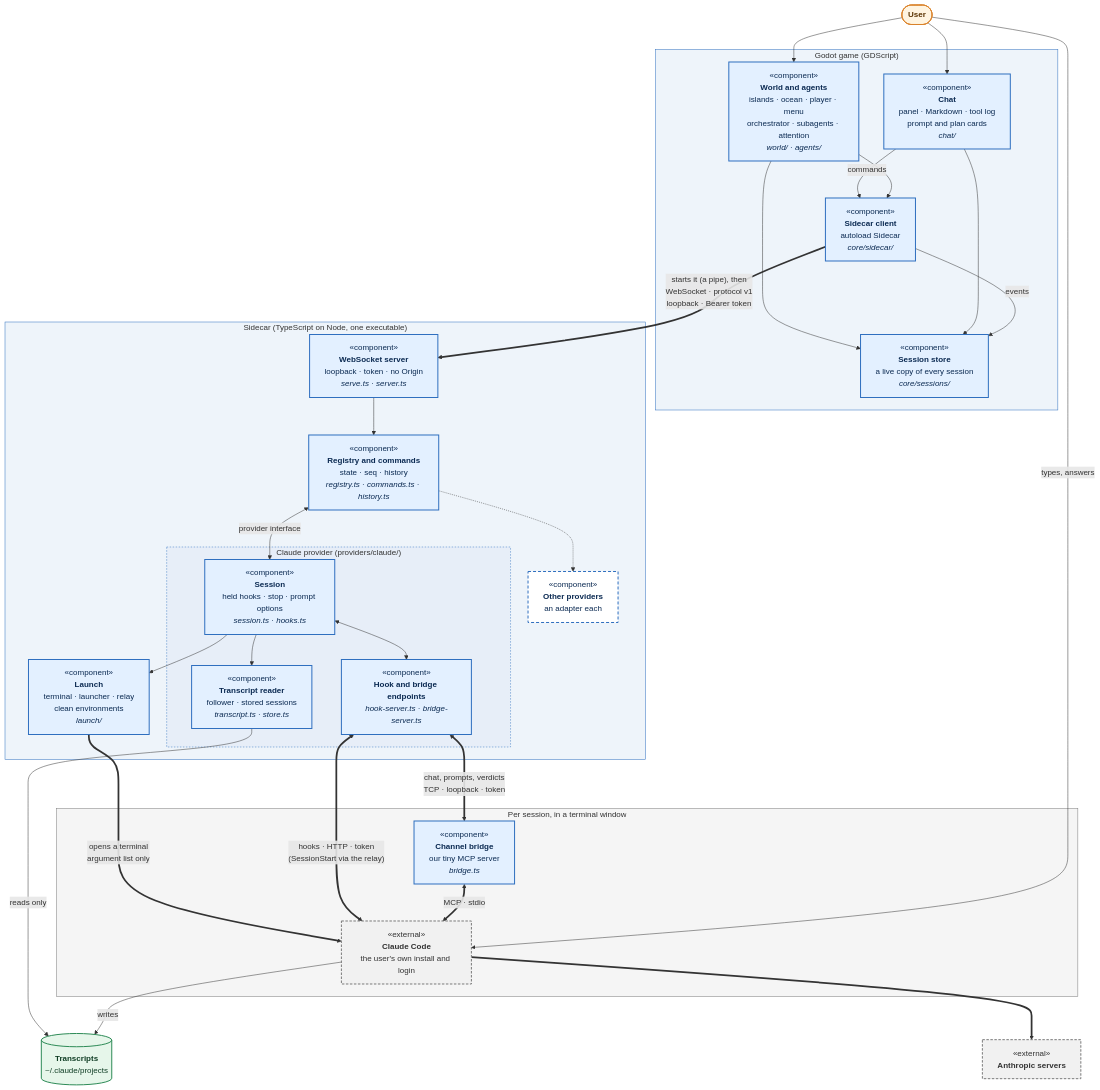
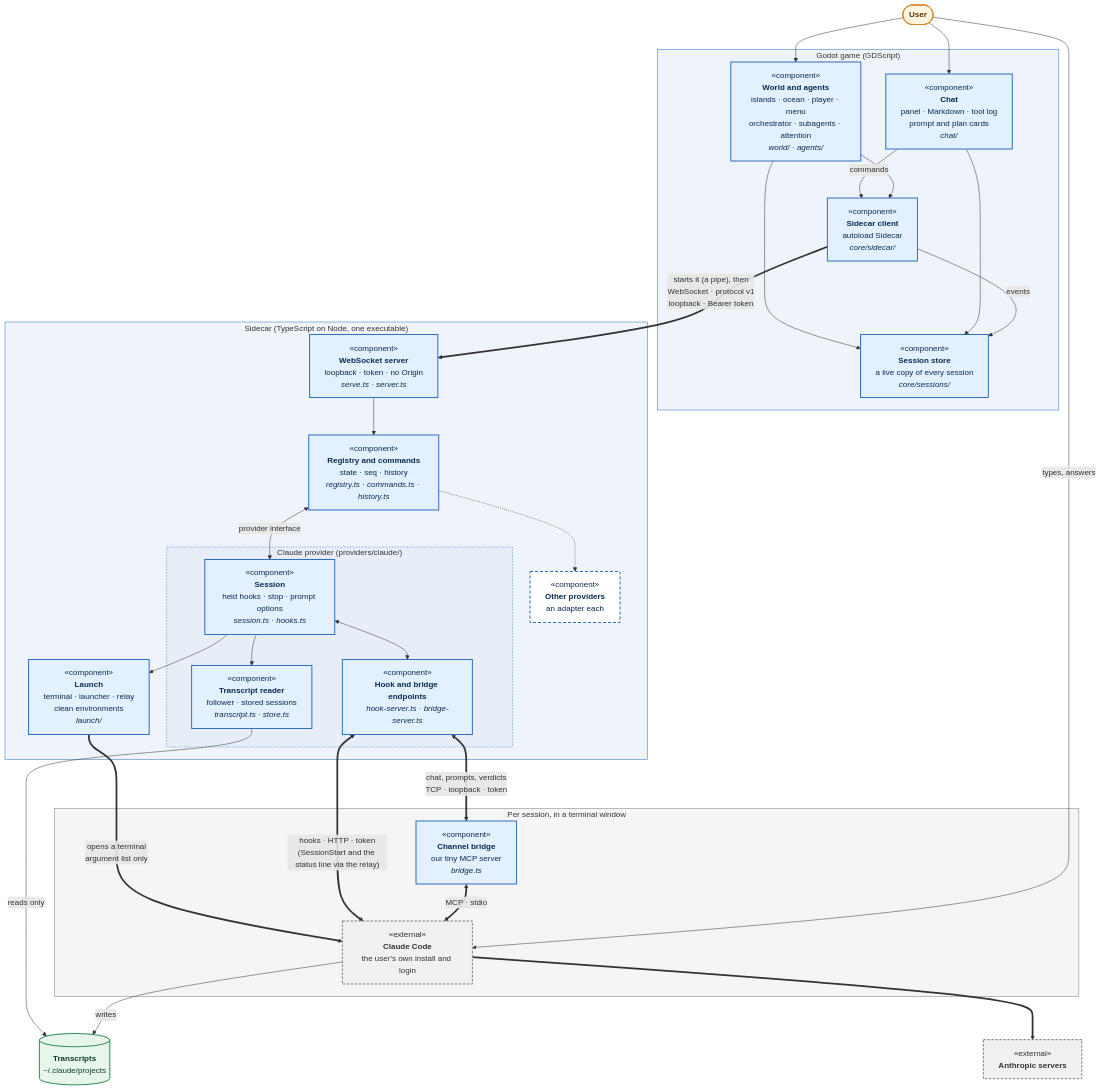
One commit to PaoloPortugal/The-Beach changed the diagram in NOTES.md. Above: the diagram before and after it, drawn with Mermaid. The commit also changed other lines of this file, not shown here.

Commit message:
Docs: C08 in Architecture (the statusline mode, the relay's status line)

````diff
--- a/NOTES.md
+++ b/NOTES.md
@@ -133,68 +133,68 @@
 ```mermaid
 flowchart TB
     user(["<b>User</b>"]):::actor
 
     subgraph game["Godot game (GDScript)"]
         world["«component»<br/><b>World and agents</b><br/>islands · ocean · player · menu<br/>orchestrator · subagents · attention<br/><i>world/ · agents/</i>"]:::component
         chat["«component»<br/><b>Chat</b><br/>panel · Markdown · tool log<br/>prompt and plan cards<br/><i>chat/</i>"]:::component
         store["«component»<br/><b>Session store</b><br/>a live copy of every session<br/><i>core/sessions/</i>"]:::component
         client["«component»<br/><b>Sidecar client</b><br/>autoload Sidecar<br/><i>core/sidecar/</i>"]:::component
     end
 
     subgraph sidecar["Sidecar (TypeScript on Node, one executable)"]
         ws["«component»<br/><b>WebSocket server</b><br/>loopback · token · no Origin<br/><i>serve.ts · server.ts</i>"]:::component
         registry["«component»<br/><b>Registry and commands</b><br/>state · seq · history<br/><i>registry.ts · commands.ts · history.ts</i>"]:::component
         subgraph sc_claude["Claude provider (providers/claude/)"]
             session["«component»<br/><b>Session</b><br/>held hooks · stop · prompt options<br/><i>session.ts · hooks.ts</i>"]:::component
             endpoints["«component»<br/><b>Hook and bridge endpoints</b><br/><i>hook-server.ts · bridge-server.ts</i>"]:::component
             reader["«component»<br/><b>Transcript reader</b><br/>follower · stored sessions<br/><i>transcript.ts · store.ts</i>"]:::component
         end
         other["«component»<br/><b>Other providers</b><br/>an adapter each"]:::planned
         launch["«component»<br/><b>Launch</b><br/>terminal · launcher · relay<br/>clean environments<br/><i>launch/</i>"]:::component
     end
 
     subgraph per_session["Per session, in a terminal window"]
         claude["«external»<br/><b>Claude Code</b><br/>the user's own install and login"]:::external
         bridge["«component»<br/><b>Channel bridge</b><br/>our tiny MCP server<br/><i>bridge.ts</i>"]:::component
     end
 
     transcripts[("<b>Transcripts</b><br/>~/.claude/projects")]:::database
     anthropic["«external»<br/><b>Anthropic servers</b>"]:::external
 
     user --> world
     user --> chat
     world --> store
     chat --> store
     chat -->|commands| client
     world --> client
     client -->|events| store
 
     client ==>|"starts it (a pipe), then<br/>WebSocket · protocol v1<br/>loopback · Bearer token"| ws
     ws --> registry
     registry <-->|"provider interface"| session
     registry -.-> other
     session <--> endpoints
     session --> reader
     session --> launch
 
     launch ==>|"opens a terminal<br/>argument list only"| claude
-    endpoints <==>|"hooks · HTTP · token<br/>(SessionStart via the relay)"| claude
+    endpoints <==>|"hooks · HTTP · token<br/>(SessionStart and the status line via the relay)"| claude
     endpoints <==>|"chat, prompts, verdicts<br/>TCP · loopback · token"| bridge
     bridge <==>|"MCP · stdio"| claude
     user -->|"types, answers"| claude
 
     reader -->|"reads only"| transcripts
     claude -->|writes| transcripts
     claude ==> anthropic
 
     classDef actor fill:#fff4e0,stroke:#d9822b,stroke-width:2px,color:#5a3200
     classDef component fill:#e3f0ff,stroke:#2f6fbf,stroke-width:2px,color:#0b2a52
     classDef planned fill:#ffffff,stroke:#2f6fbf,stroke-width:2px,stroke-dasharray:6 4,color:#0b2a52
     classDef external fill:#f1f1f1,stroke:#7a7a7a,stroke-width:2px,stroke-dasharray:5 3,color:#333333
     classDef database fill:#e6f6ea,stroke:#2e8b57,stroke-width:2px,color:#0f3d24
 
     style game fill:#2f6fbf14,stroke:#2f6fbf,stroke-width:1px
     style sidecar fill:#2f6fbf14,stroke:#2f6fbf,stroke-width:1px
     style sc_claude fill:#2f6fbf0a,stroke:#2f6fbf,stroke-width:1px,stroke-dasharray:3 3
     style per_session fill:#80808014,stroke:#7a7a7a,stroke-width:1px
 ```
````
